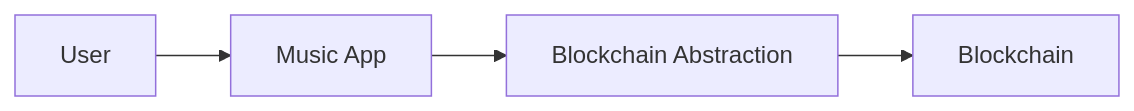
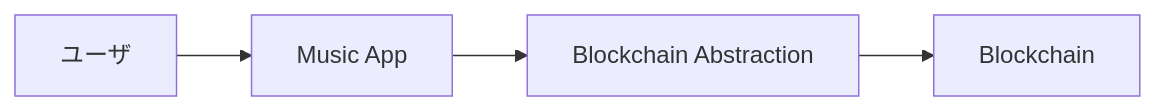
Diagram 27 of 43 in docs/whitepaper/09-technology.md (ShigeichiroYamasaki/creator-first-platform), drawn with Mermaid before and after one commit. The commit also changed other lines of this file and 67 other files, not shown here.

````diff
--- a/docs/whitepaper/09-technology.md
+++ b/docs/whitepaper/09-technology.md
@@ -1044,9 +1044,9 @@
 ```mermaid
 flowchart LR
-    USER[User]
+    USER[ユーザ]
     APP[Music App]
     ABSTRACTION[Blockchain Abstraction]
     CHAIN[Blockchain]
 
     USER --> APP --> ABSTRACTION --> CHAIN
 ```
````
